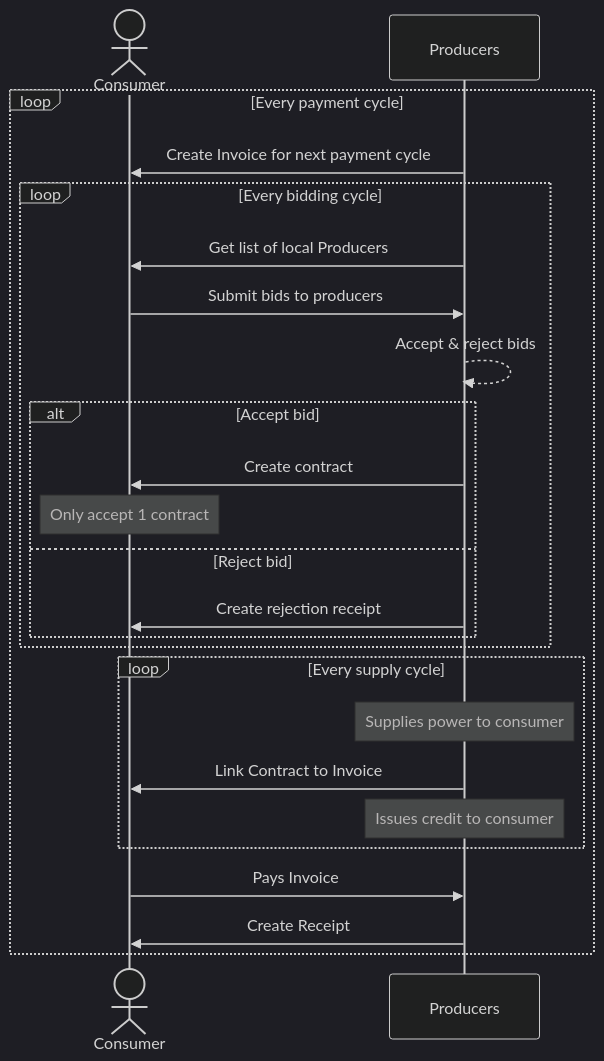
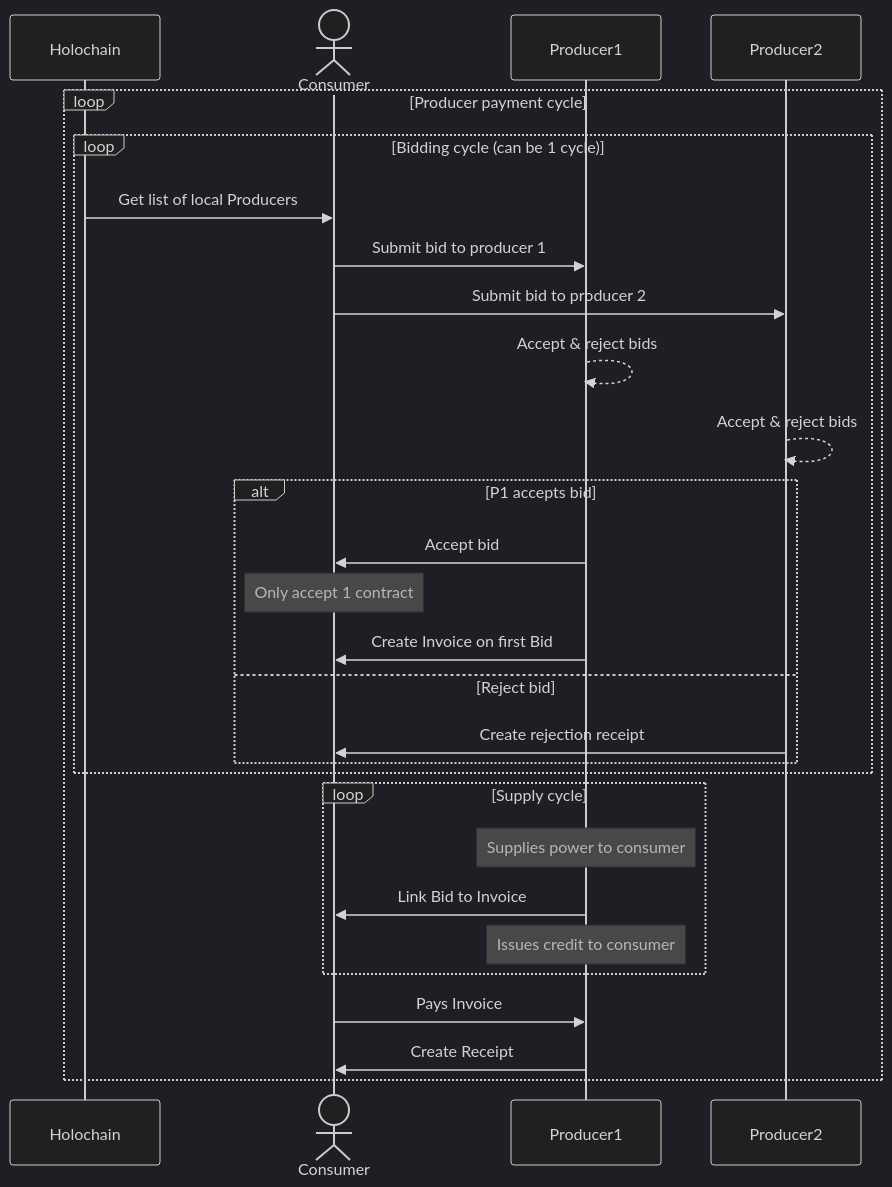
Before and after one commit to ioen-tech/ioen-micro-ledger: the first of 2 diagrams in SPEC.md, drawn with Mermaid (dark theme). The commit also changed other lines of this file and 63 other files, not shown here.

````diff
--- a/SPEC.md
+++ b/SPEC.md
@@ -8,26 +9,30 @@
 ```mermaid
 sequenceDiagram
+    participant H as Holochain
     actor C as Consumer
-    participant P as Producers
-    loop Every payment cycle
-        P->>C: Create Invoice for next payment cycle
-        loop Every bidding cycle
-        P->>C: Get list of local Producers
-        C->>P: Submit bids to producers
-        P-->>P: Accept & reject bids
-        alt Accept bid
-            P->>C: Create contract
-            Note over C: Only accept 1 contract
-        else Reject bid
-            P->>C: Create rejection receipt
+    participant P1 as Producer1
+    participant P2 as Producer2
+    loop Producer payment cycle
+        loop Bidding cycle (can be 1 cycle)
+            H->>C: Get list of local Producers
+            C->>P1: Submit bid to producer 1
+            C->>P2: Submit bid to producer 2
+            P1-->>P1: Accept & reject bids
+            P2-->>P2: Accept & reject bids
+            alt P1 accepts bid
+                P1->>C: Accept bid
+                Note over C: Only accept 1 contract
+                P1->>C: Create Invoice on first Bid
+            else Reject bid
+                P2->>C: Create rejection receipt
+            end
         end
+        loop Supply cycle
+            Note over P1: Supplies power to consumer
+            P1->>C: Link Bid to Invoice
+            Note over P1: Issues credit to consumer
         end
-        loop Every supply cycle
-            Note over P: Supplies power to consumer
-            P->>C: Link Contract to Invoice
-            Note over P: Issues credit to consumer
-        end
-        C->>P: Pays Invoice
-        P->>C: Create Receipt
+        C->>P1: Pays Invoice
+        P1->>C: Create Receipt
     end
 ```
````
